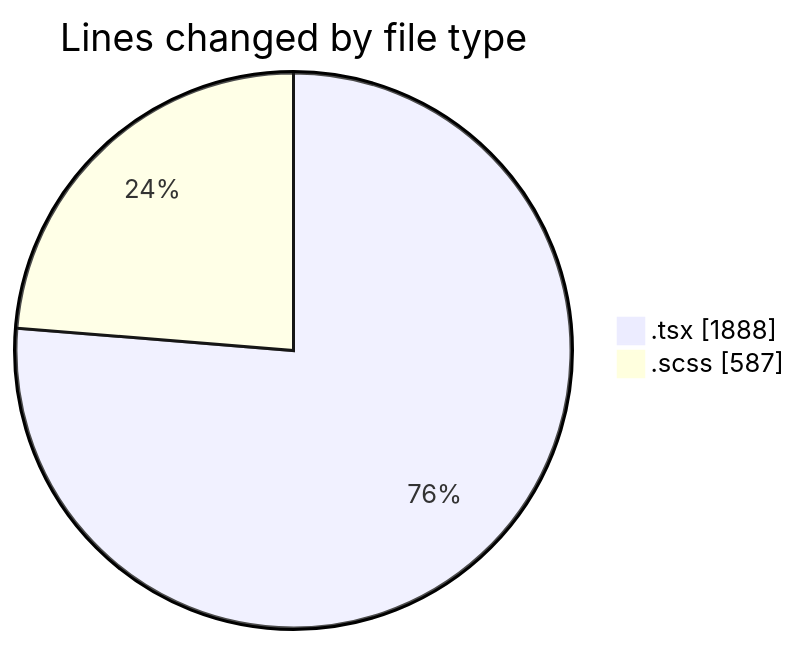
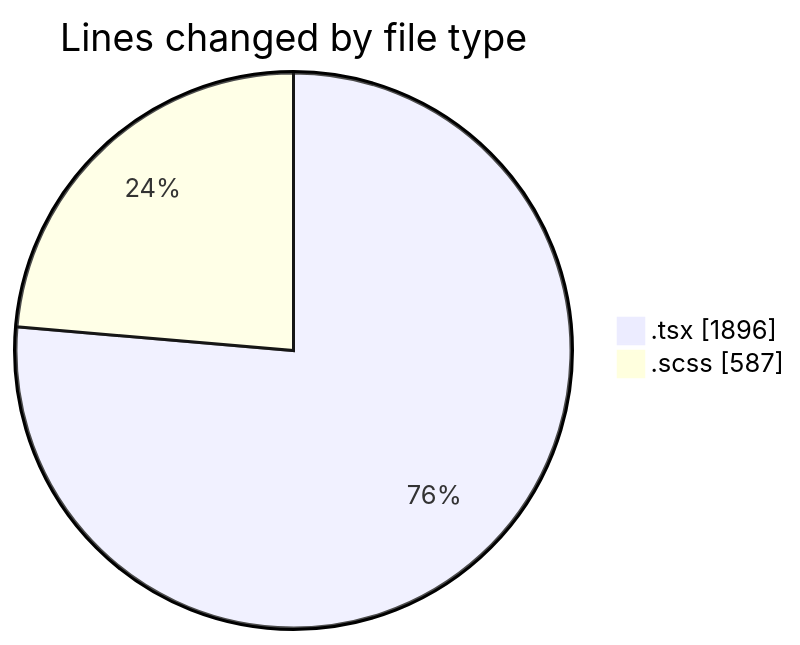
Before and after one commit to momahboobian/code-tracking: the first of 2 diagrams in 2025-04-07/cda/README.md, drawn with Mermaid. The commit also changed other lines of this file and 1 other file, not shown here.

````diff
--- a/2025-04-07/cda/README.md
+++ b/2025-04-07/cda/README.md
@@ -27,6 +27,6 @@
 ```mermaid
 pie showData
 title Lines changed by file type
-".tsx" : 1888
+".tsx" : 1896
 ".scss" : 587
 ```
````
